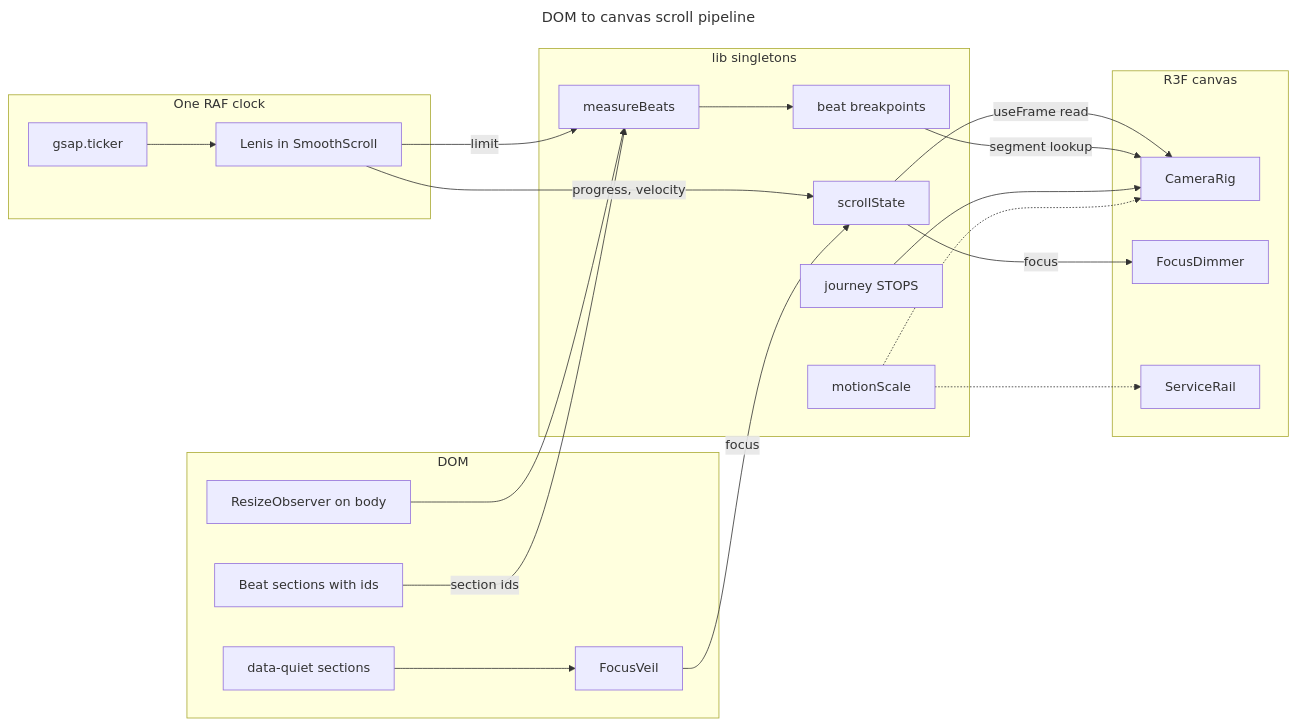
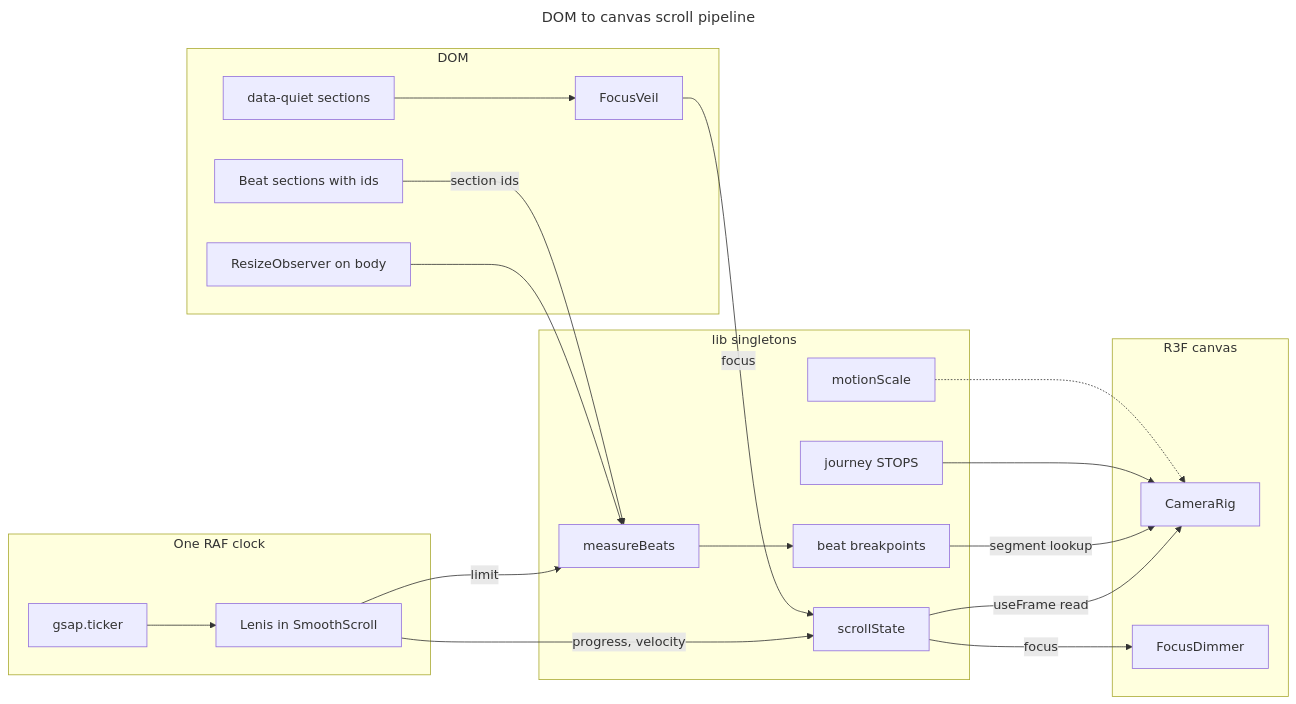
Before and after one commit to ethancrystal/crystalwebsolution.com: the second of 2 diagrams in aidd_docs/memory/architecture.md, drawn with Mermaid. The commit also changed other lines of this file and 18 other files, not shown here.

````diff
--- a/aidd_docs/memory/architecture.md
+++ b/aidd_docs/memory/architecture.md
@@ -26,42 +26,40 @@
 ```mermaid
 ---
 title: DOM to canvas scroll pipeline
 ---
 flowchart LR
   subgraph Clock["One RAF clock"]
     Ticker["gsap.ticker"]
     Lenis["Lenis in SmoothScroll"]
   end
   subgraph Dom["DOM"]
     Sections["Beat sections with ids"]
     Quiet["data-quiet sections"]
     Veil["FocusVeil"]
     Observer["ResizeObserver on body"]
   end
   subgraph State["lib singletons"]
     ScrollState["scrollState"]
     Breakpoints["beat breakpoints"]
     MotionScale["motionScale"]
     Measure["measureBeats"]
     Stops["journey STOPS"]
   end
   subgraph Canvas["R3F canvas"]
     CameraRig["CameraRig"]
     Dimmer["FocusDimmer"]
-    Rail["ServiceRail"]
   end
   Ticker --> Lenis
   Lenis -- "progress, velocity" --> ScrollState
   Lenis -- "limit" --> Measure
   Observer --> Measure
   Sections -- "section ids" --> Measure
   Measure --> Breakpoints
   Quiet --> Veil
   Veil -- "focus" --> ScrollState
   ScrollState -- "useFrame read" --> CameraRig
   Breakpoints -- "segment lookup" --> CameraRig
   Stops --> CameraRig
   ScrollState -- "focus" --> Dimmer
   MotionScale -.-> CameraRig
-  MotionScale -.-> Rail
 ```
````
